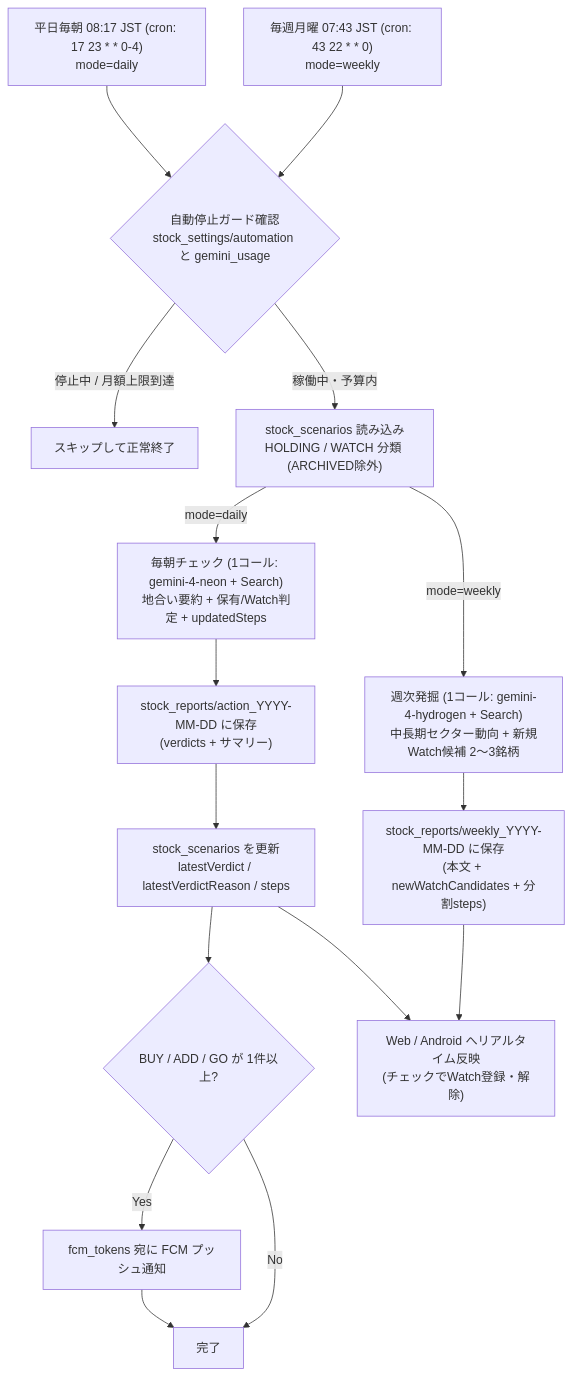
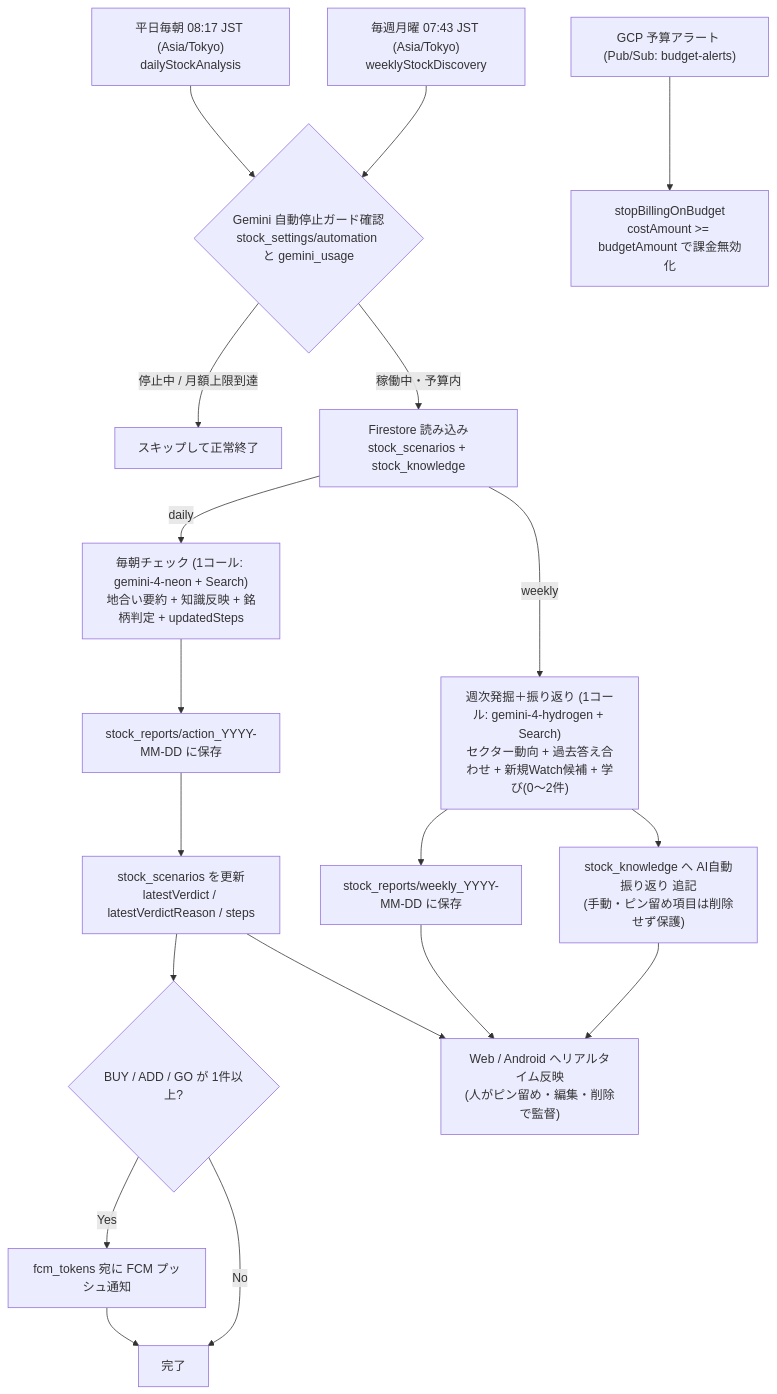
The diagram in docs/stock-analysis-flow.md (t10471/hibi), drawn with Mermaid before and after one commit. The commit also changed other lines of this file and 14 other files, not shown here.

Commit message:
feat(stock): add Firebase Cloud Functions v2 schedules, Pub/Sub billing auto-stop, and Human-on-the-loop knowledge cycle

````diff
--- a/docs/stock-analysis-flow.md
+++ b/docs/stock-analysis-flow.md
@@ -12,21 +12,25 @@
 ```mermaid
 flowchart TD
-    DailyTrig["平日毎朝 08:17 JST (cron: 17 23 * * 0-4)\nmode=daily"] --> Guard{"自動停止ガード確認\nstock_settings/automation と gemini_usage"}
-    WeeklyTrig["毎週月曜 07:43 JST (cron: 43 22 * * 0)\nmode=weekly"] --> Guard
+    DailyTrig["平日毎朝 08:17 JST (Asia/Tokyo)\ndailyStockAnalysis"] --> Guard{"Gemini 自動停止ガード確認\nstock_settings/automation と gemini_usage"}
+    WeeklyTrig["毎週月曜 07:43 JST (Asia/Tokyo)\nweeklyStockDiscovery"] --> Guard
 
     Guard -- "停止中 / 月額上限到達" --> Skip["スキップして正常終了"]
-    Guard -- "稼働中・予算内" --> Load["stock_scenarios 読み込み\nHOLDING / WATCH 分類 (ARCHIVED除外)"]
+    Guard -- "稼働中・予算内" --> Load["Firestore 読み込み\nstock_scenarios + stock_knowledge"]
 
-    Load -- "mode=daily" --> DailyCall["毎朝チェック (1コール: gemini-4-neon + Search)\n地合い要約 + 保有/Watch判定 + updatedSteps"]
-    DailyCall --> SaveAction["stock_reports/action_YYYY-MM-DD に保存\n(verdicts + サマリー)"]
+    Load -- "daily" --> DailyCall["毎朝チェック (1コール: gemini-4-neon + Search)\n地合い要約 + 知識反映 + 銘柄判定 + updatedSteps"]
+    DailyCall --> SaveAction["stock_reports/action_YYYY-MM-DD に保存"]
     SaveAction --> UpdateScenarios["stock_scenarios を更新\nlatestVerdict / latestVerdictReason / steps"]
     UpdateScenarios --> PushCheck{"BUY / ADD / GO が 1件以上?"}
     PushCheck -- "Yes" --> FCM["fcm_tokens 宛に FCM プッシュ通知"]
     PushCheck -- "No" --> End["完了"]
     FCM --> End
 
-    Load -- "mode=weekly" --> WeeklyCall["週次発掘 (1コール: gemini-4-hydrogen + Search)\n中長期セクター動向 + 新規Watch候補 2〜3銘柄"]
-    WeeklyCall --> SaveWeekly["stock_reports/weekly_YYYY-MM-DD に保存\n(本文 + newWatchCandidates + 分割steps)"]
-    SaveWeekly --> UI["Web / Android へリアルタイム反映\n(チェックでWatch登録・解除)"]
+    Load -- "weekly" --> WeeklyCall["週次発掘＋振り返り (1コール: gemini-4-hydrogen + Search)\nセクター動向 + 過去答え合わせ + 新規Watch候補 + 学び(0〜2件)"]
+    WeeklyCall --> SaveWeekly["stock_reports/weekly_YYYY-MM-DD に保存"]
+    WeeklyCall --> SaveKnowledge["stock_knowledge へ AI自動振り返り 追記\n(手動・ピン留め項目は削除せず保護)"]
+    SaveKnowledge --> UI["Web / Android へリアルタイム反映\n(人がピン留め・編集・削除で監督)"]
+    SaveWeekly --> UI
     UpdateScenarios --> UI
+
+    BillingBudget["GCP 予算アラート (Pub/Sub: budget-alerts)"] --> StopBilling["stopBillingOnBudget\ncostAmount >= budgetAmount で課金無効化"]
 ```
````
